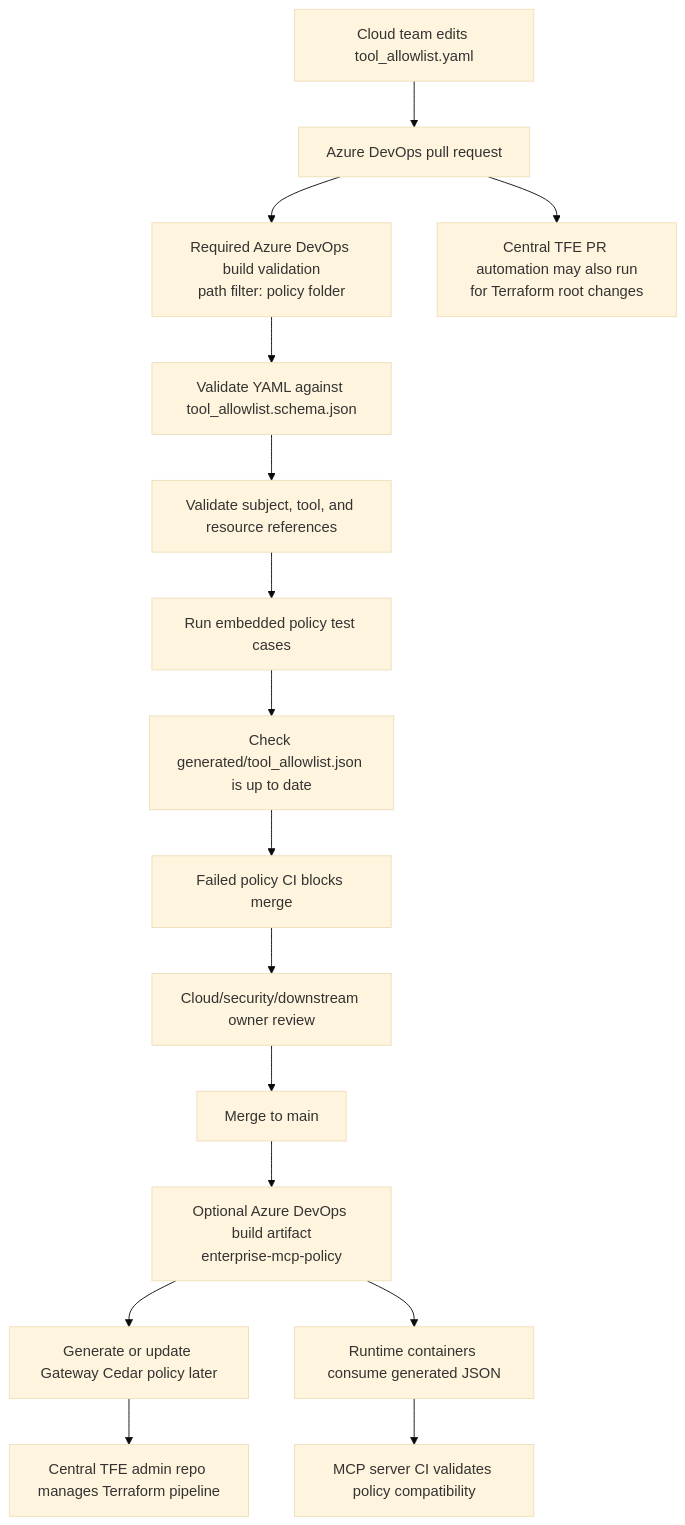
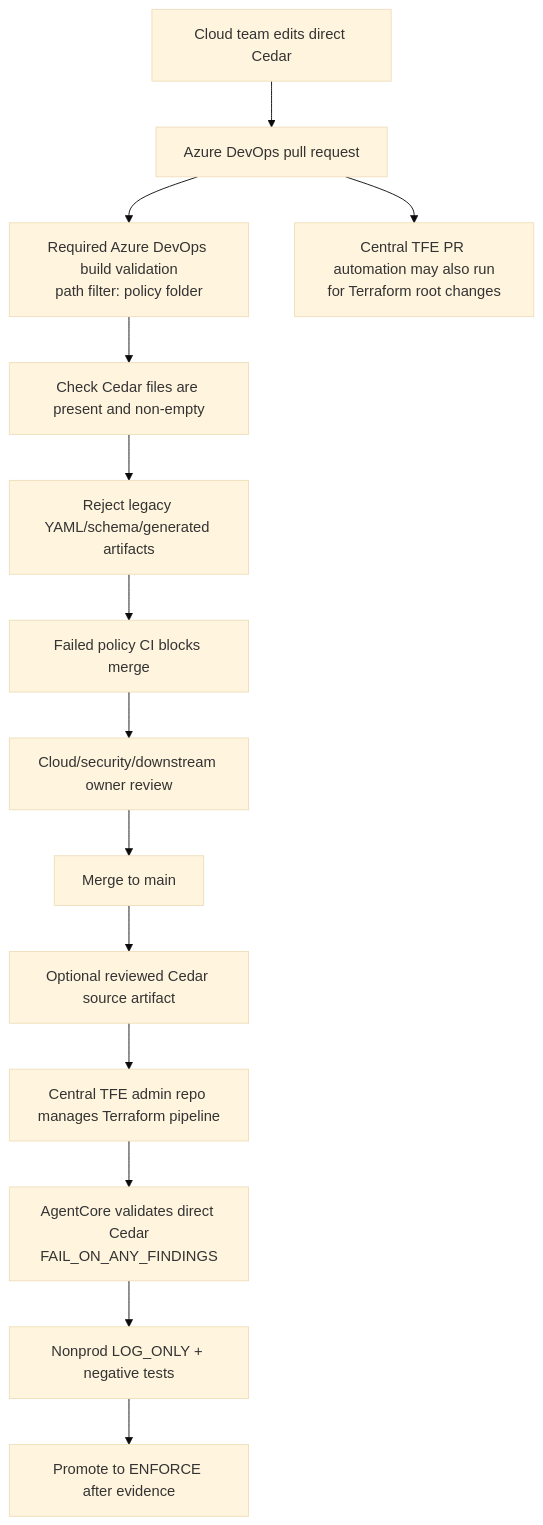
Before and after one commit to ron8520/mcp_poc: the second of 7 diagrams in docs/architecture/devops-workflows.md, drawn with Mermaid (base theme). The commit also changed other lines of this file and 91 other files, not shown here.

````diff
--- a/docs/architecture/devops-workflows.md
+++ b/docs/architecture/devops-workflows.md
@@ -32,18 +32,16 @@
 ```mermaid
 flowchart TD
-    Owner["Cloud team edits tool_allowlist.yaml"] --> PR["Azure DevOps pull request"]
+    Owner["Cloud team edits direct Cedar"] --> PR["Azure DevOps pull request"]
     PR --> BranchPolicy["Required Azure DevOps build validation\npath filter: policy folder"]
     PR --> TFE["Central TFE PR automation may also run\nfor Terraform root changes"]
-    BranchPolicy --> Schema["Validate YAML against tool_allowlist.schema.json"]
-    Schema --> References["Validate subject, tool, and resource references"]
-    References --> Tests["Run embedded policy test cases"]
-    Tests --> Generated["Check generated/tool_allowlist.json is up to date"]
-    Generated --> Gate["Failed policy CI blocks merge"]
+    BranchPolicy --> Source["Check Cedar files are present and non-empty"]
+    Source --> Shape["Reject legacy YAML/schema/generated artifacts"]
+    Shape --> Gate["Failed policy CI blocks merge"]
     Gate --> Review["Cloud/security/downstream owner review"]
     Review --> Merge["Merge to main"]
-    Merge --> Artifact["Optional Azure DevOps build artifact\nenterprise-mcp-policy"]
-    Artifact --> GatewayPolicy["Generate or update Gateway Cedar policy later"]
-    Artifact --> RuntimePolicy["Runtime containers consume generated JSON"]
-    GatewayPolicy --> TFEAdmin["Central TFE admin repo manages Terraform pipeline"]
-    RuntimePolicy --> ServerCI["MCP server CI validates policy compatibility"]
+    Merge --> Artifact["Optional reviewed Cedar source artifact"]
+    Artifact --> TFEAdmin["Central TFE admin repo manages Terraform pipeline"]
+    TFEAdmin --> Validate["AgentCore validates direct Cedar\nFAIL_ON_ANY_FINDINGS"]
+    Validate --> Nonprod["Nonprod LOG_ONLY + negative tests"]
+    Nonprod --> Enforce["Promote to ENFORCE after evidence"]
 ```
````
